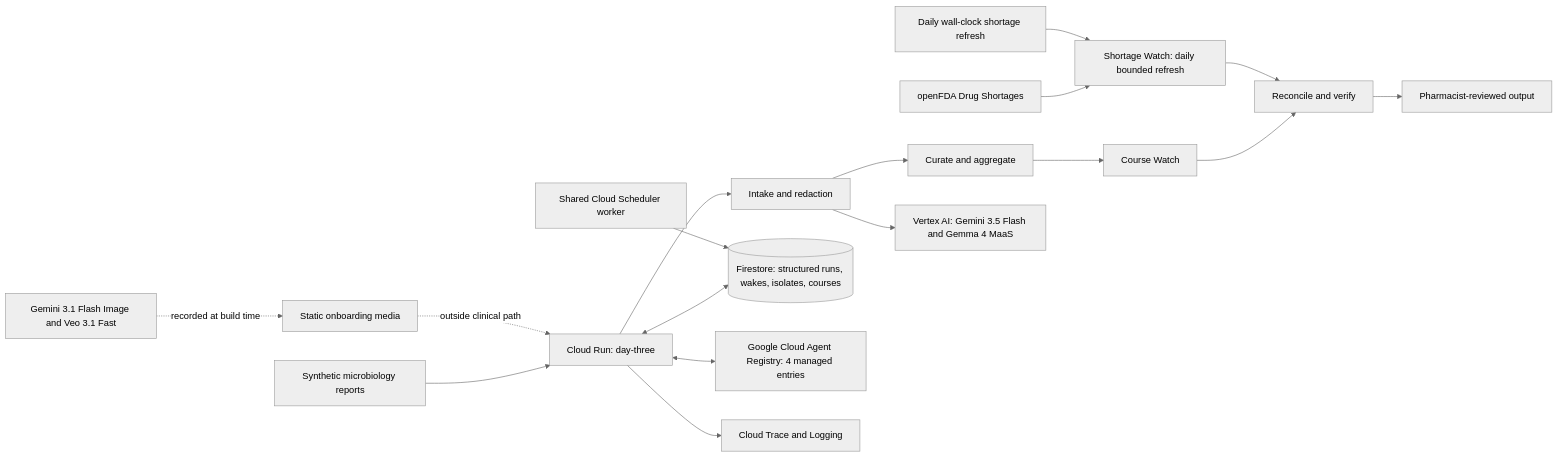
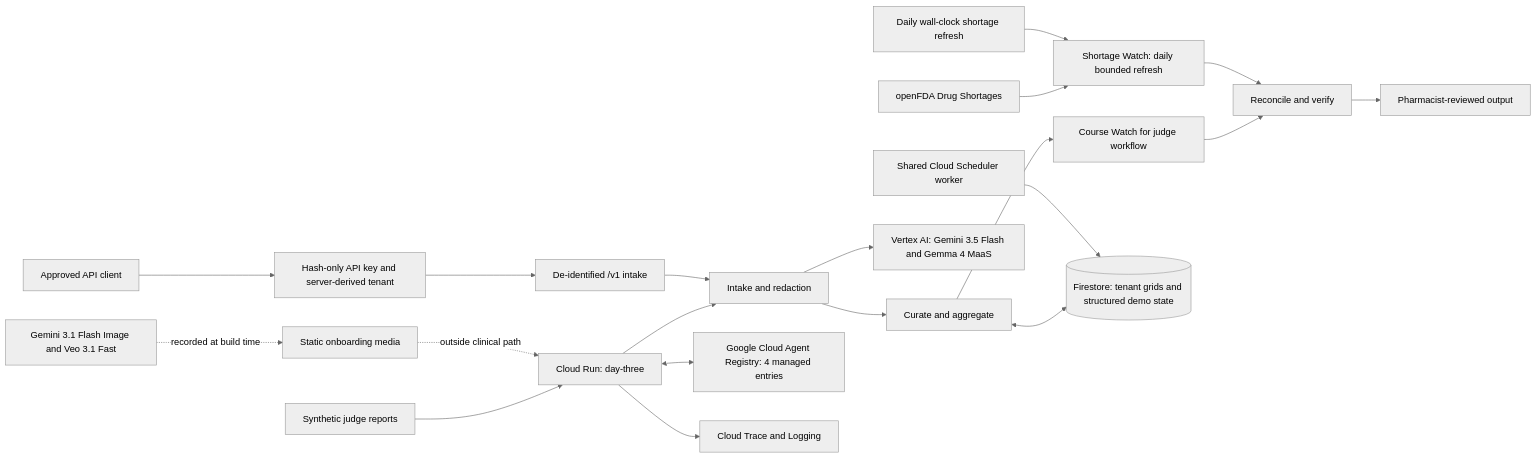
One commit to usv240/day-three changed the diagram in README.md. Above: the diagram before and after it, drawn with Mermaid (neutral theme). The commit also changed other lines of this file and 21 other files, not shown here.

Commit message:
Add key-protected deidentified beta API

````diff
--- a/README.md
+++ b/README.md
@@ -71,19 +71,22 @@
 ```mermaid
 flowchart LR
-    A[Synthetic microbiology reports] --> B[Cloud Run: day-three]
+    A[Synthetic judge reports] --> B[Cloud Run: day-three]
+    API[Approved API client] --> K[Hash-only API key and server-derived tenant]
+    K --> DI[De-identified /v1 intake]
     B --> I[Intake and redaction]
+    DI --> I
     I --> C[Curate and aggregate]
-    C --> W[Course Watch]
+    C --> W[Course Watch for judge workflow]
     W --> R[Reconcile and verify]
     D[openFDA Drug Shortages] --> SW[Shortage Watch: daily bounded refresh]
     SW --> R
     DS[Daily wall-clock shortage refresh] --> SW
-    B <--> F[(Firestore: structured runs, wakes, isolates, courses)]
+    C <--> F[(Firestore: tenant grids and structured demo state)]
     I --> V[Vertex AI: Gemini 3.5 Flash and Gemma 4 MaaS]
     S[Shared Cloud Scheduler worker] --> F
     B <--> G[Google Cloud Agent Registry: 4 managed entries]
     B --> T[Cloud Trace and Logging]
     R --> H[Pharmacist-reviewed output]
     M[Gemini 3.1 Flash Image and Veo 3.1 Fast] -. recorded at build time .-> O[Static onboarding media]
     O -. outside clinical path .-> B
 ```
````
